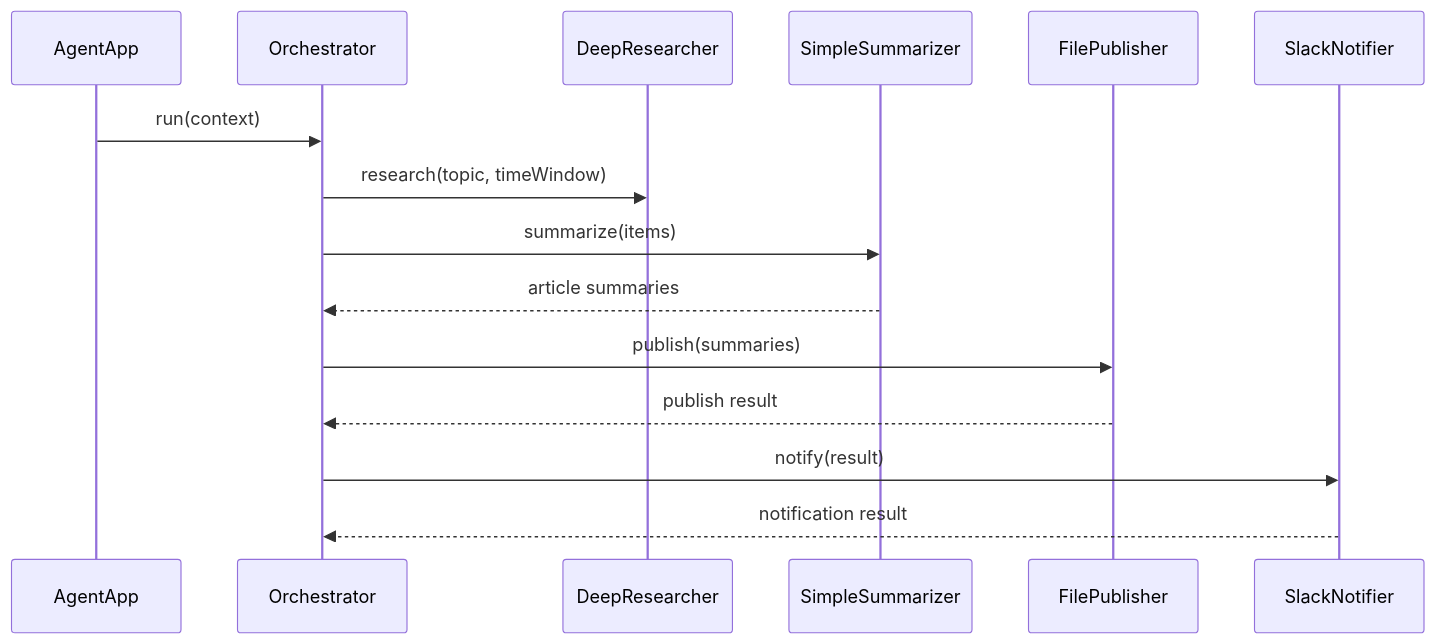
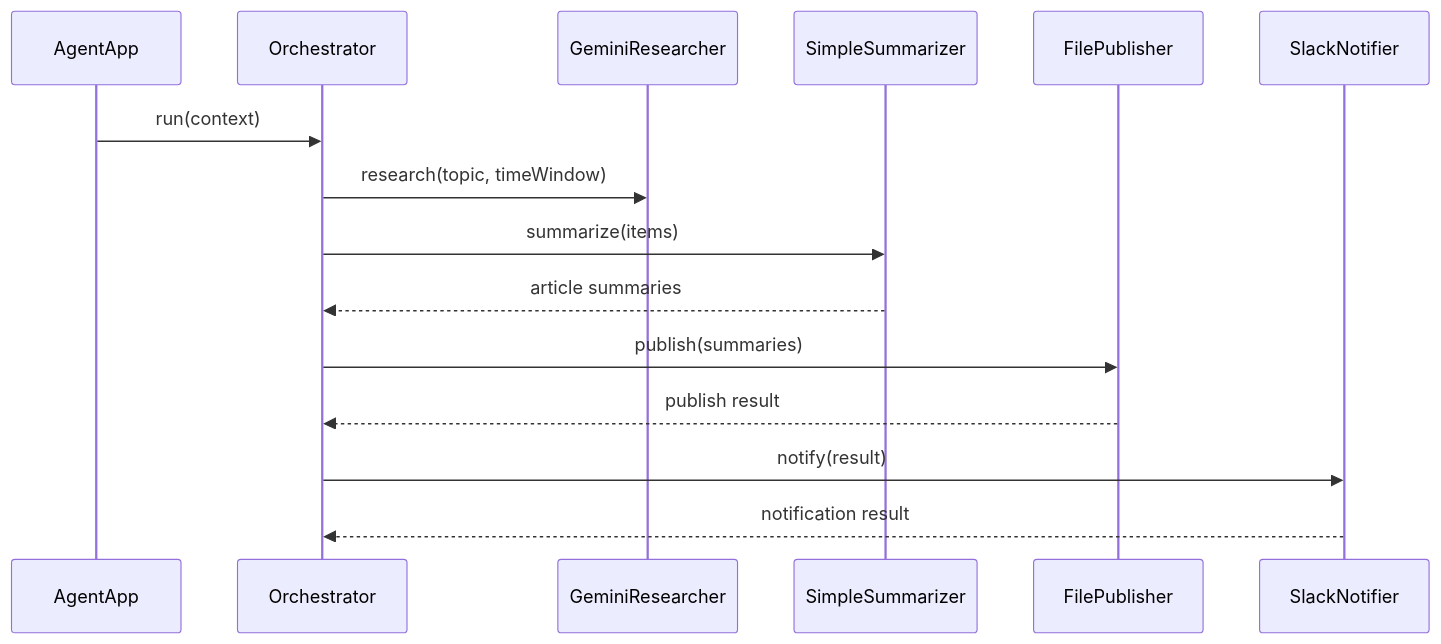
One commit to hondaya14/bulknews-agent changed the second of 2 diagrams in README.md. Above: the diagram before and after it, drawn with Mermaid. The commit also changed other lines of this file and 13 other files, not shown here.

First line of the commit message:
Implement GeminiResearcher using koog framework with structured output (#7)

````diff
--- a/README.md
+++ b/README.md
@@ -37,18 +38,18 @@
 ```mermaid
 sequenceDiagram
   participant App as AgentApp
   participant Orchestrator as Orchestrator
-  participant Researcher as DeepResearcher
+  participant Researcher as GeminiResearcher
   participant Summarizer as SimpleSummarizer
   participant Publisher as FilePublisher
   participant Notifier as SlackNotifier
 
   App->>Orchestrator: run(context)
   Orchestrator->>Researcher: research(topic, timeWindow)
   Orchestrator->>Summarizer: summarize(items)
   Summarizer-->>Orchestrator: article summaries
   Orchestrator->>Publisher: publish(summaries)
   Publisher-->>Orchestrator: publish result
   Orchestrator->>Notifier: notify(result)
   Notifier-->>Orchestrator: notification result
 ```
````
